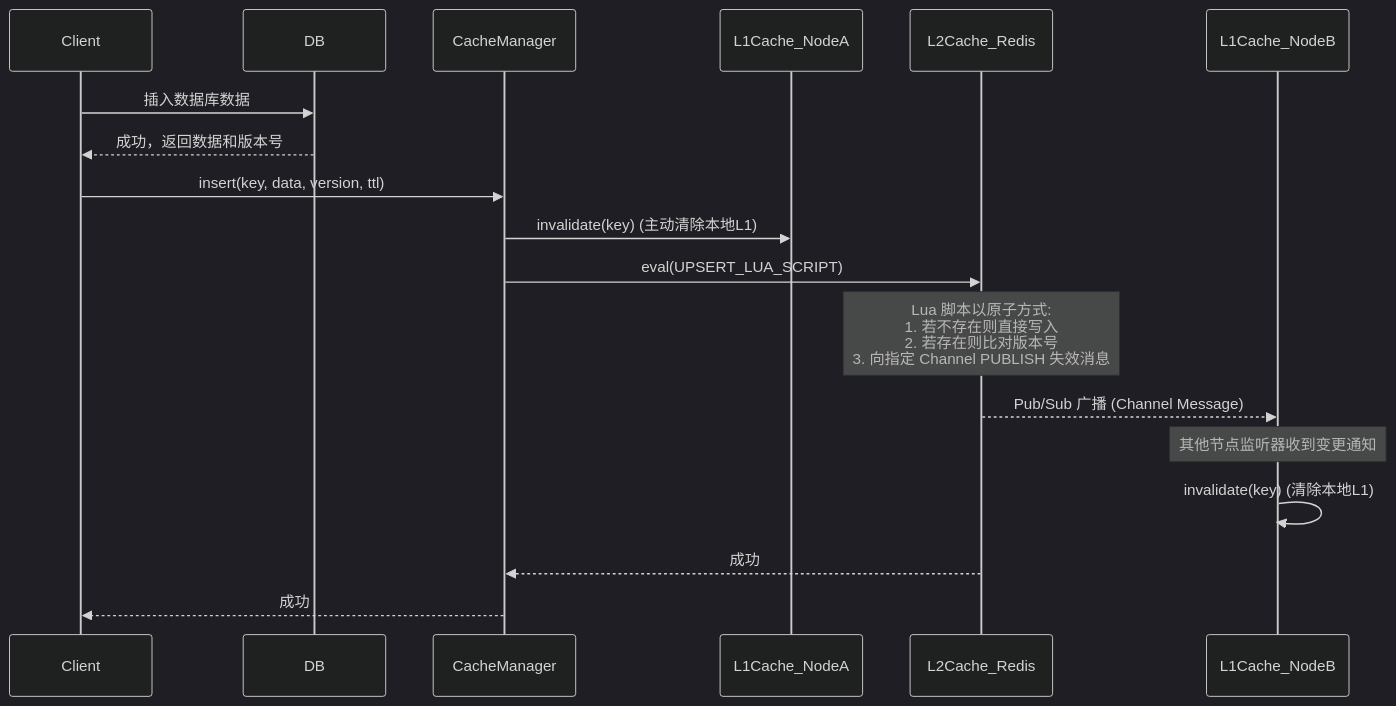
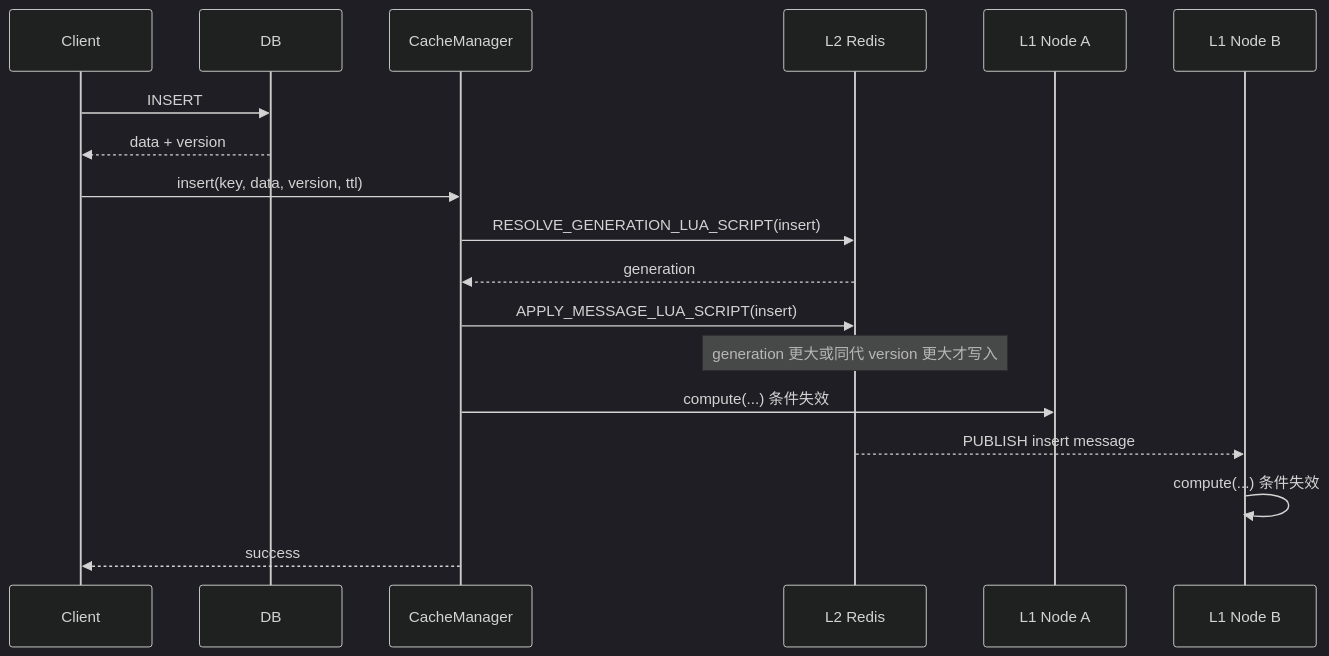
The fifth of 7 diagrams in README.md (dk900912/multi-tier-cache-framework), drawn with Mermaid (dark theme) before and after one commit. The commit also changed other lines of this file and 42 other files, not shown here.

Commit message:
feat: harden cache consistency flow

````diff
--- a/README.md
+++ b/README.md
@@ -238,26 +529,21 @@
 ```mermaid
 sequenceDiagram
     participant Client
     participant DB
     participant CacheManager
-    participant L1Cache_NodeA
-    participant L2Cache_Redis
-    participant L1Cache_NodeB
+    participant L2 as L2 Redis
+    participant L1A as L1 Node A
+    participant L1B as L1 Node B
 
-    Client->>DB: 插入数据库数据
-    DB-->>Client: 成功，返回数据和版本号
-    
+    Client->>DB: INSERT
+    DB-->>Client: data + version
     Client->>CacheManager: insert(key, data, version, ttl)
-    
-    CacheManager->>L1Cache_NodeA: invalidate(key) (主动清除本地L1)
-    
-    CacheManager->>L2Cache_Redis: eval(UPSERT_LUA_SCRIPT)
-    Note over L2Cache_Redis: Lua 脚本以原子方式:<br/>1. 若不存在则直接写入<br/>2. 若存在则比对版本号<br/>3. 向指定 Channel PUBLISH 失效消息
-    
-    L2Cache_Redis-->>L1Cache_NodeB: Pub/Sub 广播 (Channel Message)
-    Note over L1Cache_NodeB: 其他节点监听器收到变更通知
-    L1Cache_NodeB->>L1Cache_NodeB: invalidate(key) (清除本地L1)
-    
-    L2Cache_Redis-->>CacheManager: 成功
-    CacheManager-->>Client: 成功
+    CacheManager->>L2: RESOLVE_GENERATION_LUA_SCRIPT(insert)
+    L2-->>CacheManager: generation
+    CacheManager->>L2: APPLY_MESSAGE_LUA_SCRIPT(insert)
+    Note over L2: generation 更大或同代 version 更大才写入
+    CacheManager->>L1A: compute(...) 条件失效
+    L2-->>L1B: PUBLISH insert message
+    L1B->>L1B: compute(...) 条件失效
+    CacheManager-->>Client: success
 ```
````
